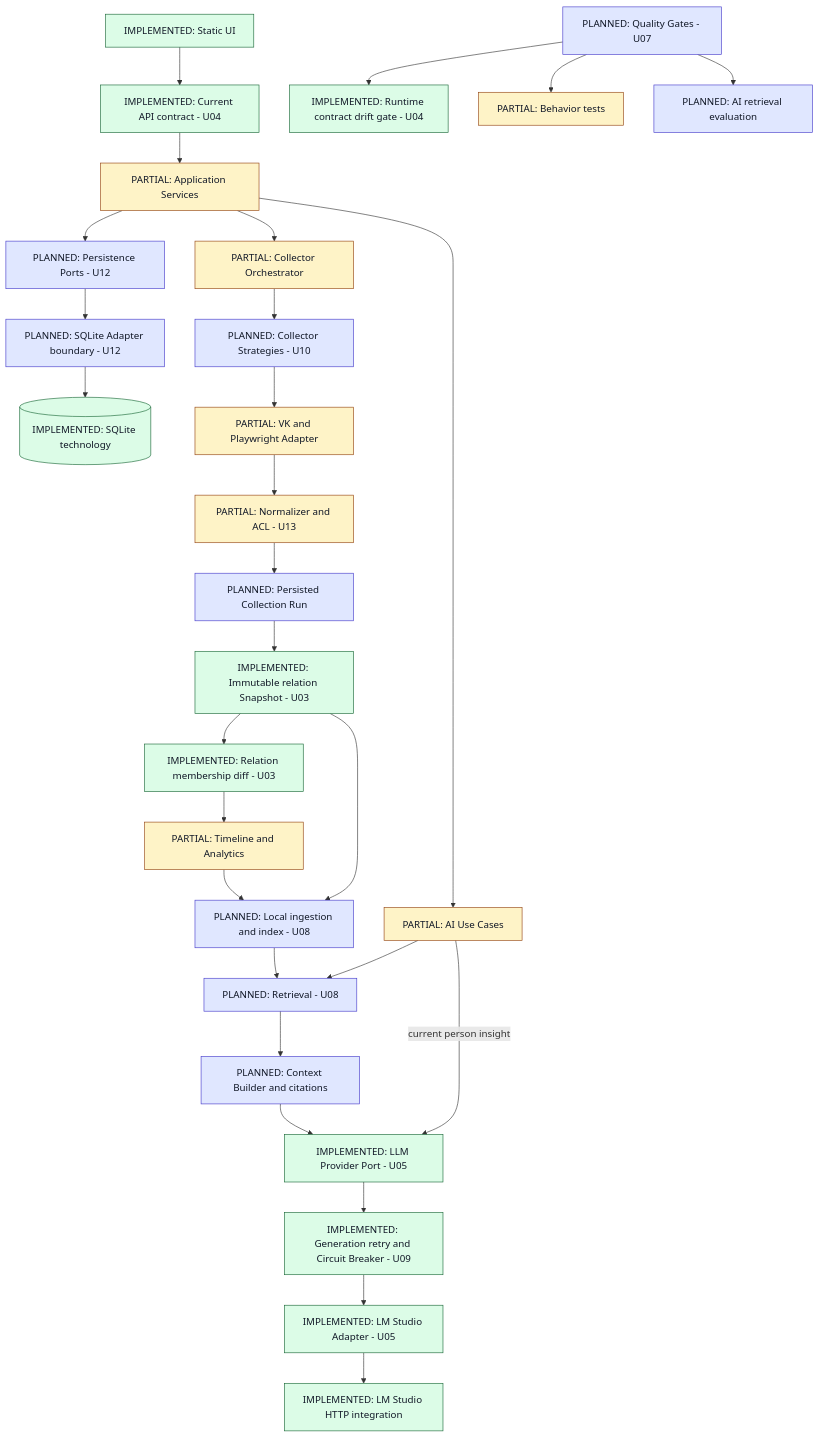
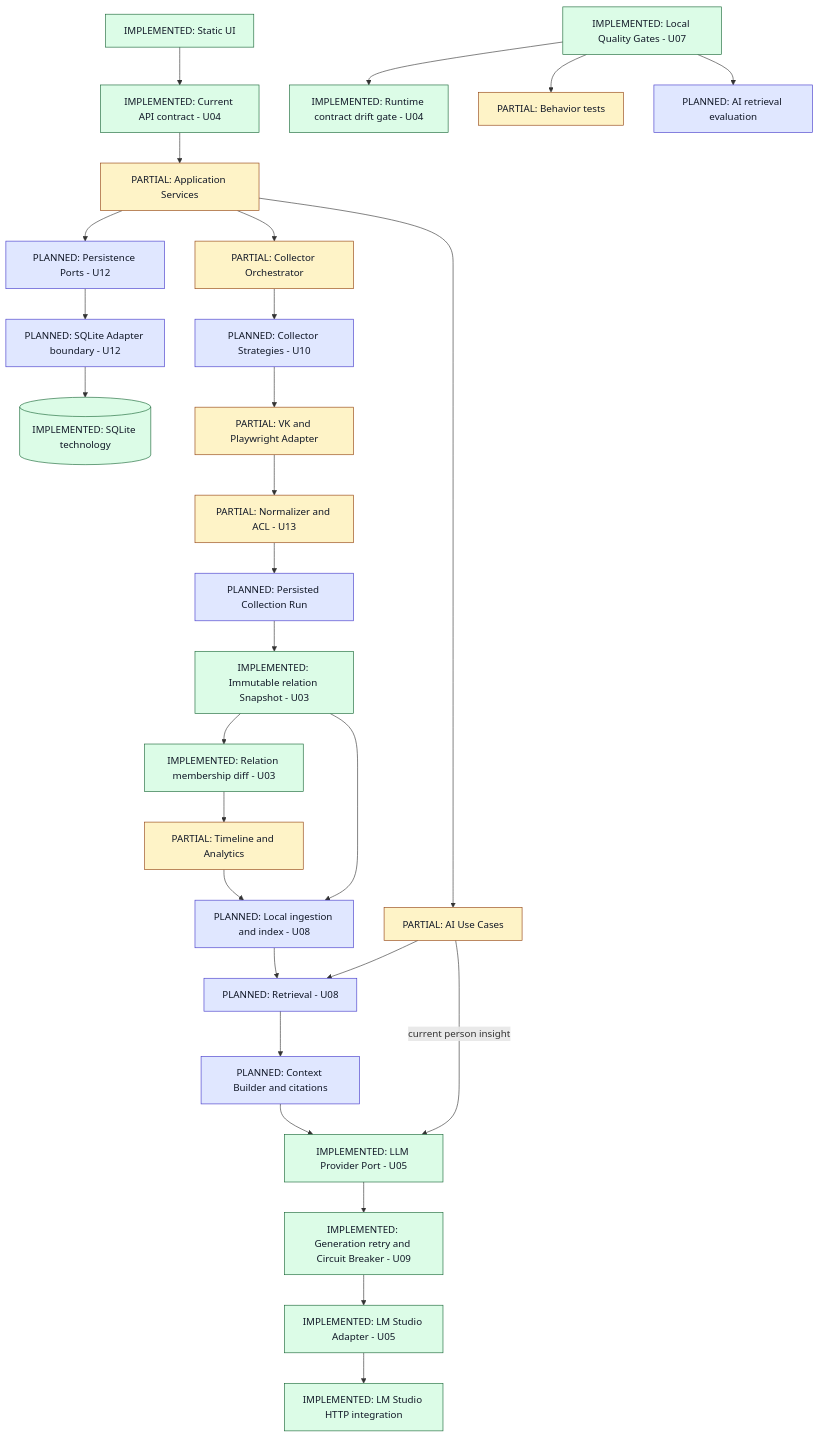
Before and after one commit to morshchagin-ivan/vk_social_radar: the diagram in docs/certification/C4_TARGET.md, drawn with Mermaid. The commit also changed other lines of this file and 22 other files, not shown here.

Commit message:
chore(ci): add unified architecture quality gates

````diff
--- a/docs/certification/C4_TARGET.md
+++ b/docs/certification/C4_TARGET.md
@@ -7,36 +7,36 @@
 ```mermaid
 flowchart TD
   UI["IMPLEMENTED: Static UI"] --> API["IMPLEMENTED: Current API contract - U04"]
   API --> App["PARTIAL: Application Services"]
   App --> Ports["PLANNED: Persistence Ports - U12"]
   Ports --> SQLAdapter["PLANNED: SQLite Adapter boundary - U12"]
   SQLAdapter --> DB[("IMPLEMENTED: SQLite technology")]
   App --> Orchestrator["PARTIAL: Collector Orchestrator"]
   Orchestrator --> Strategies["PLANNED: Collector Strategies - U10"]
   Strategies --> VKAdapter["PARTIAL: VK and Playwright Adapter"]
   VKAdapter --> ACL["PARTIAL: Normalizer and ACL - U13"]
   ACL --> Run["PLANNED: Persisted Collection Run"]
   Run --> Snapshot["IMPLEMENTED: Immutable relation Snapshot - U03"]
   Snapshot --> Diff["IMPLEMENTED: Relation membership diff - U03"]
   Diff --> Analytics["PARTIAL: Timeline and Analytics"]
   Snapshot --> Index["PLANNED: Local ingestion and index - U08"]
   Analytics --> Index
   App --> AI["PARTIAL: AI Use Cases"]
   AI --> Retrieval["PLANNED: Retrieval - U08"]
   Index --> Retrieval
   Retrieval --> Context["PLANNED: Context Builder and citations"]
   Context --> Provider["IMPLEMENTED: LLM Provider Port - U05"]
   AI -->|"current person insight"| Provider
   Provider --> Resilience["IMPLEMENTED: Generation retry and Circuit Breaker - U09"]
   Resilience --> LMAdapter["IMPLEMENTED: LM Studio Adapter - U05"]
   LMAdapter --> LM["IMPLEMENTED: LM Studio HTTP integration"]
-  Gates["PLANNED: Quality Gates - U07"] --> ContractGate["IMPLEMENTED: Runtime contract drift gate - U04"]
+  Gates["IMPLEMENTED: Local Quality Gates - U07"] --> ContractGate["IMPLEMENTED: Runtime contract drift gate - U04"]
   Gates --> TestGate["PARTIAL: Behavior tests"]
   Gates --> Eval["PLANNED: AI retrieval evaluation"]
   classDef implemented fill:#dcfce7,stroke:#166534,color:#111827
   classDef partial fill:#fef3c7,stroke:#92400e,color:#111827
   classDef planned fill:#e0e7ff,stroke:#4338ca,color:#111827
-  class UI,API,ContractGate,DB,LM,Provider,LMAdapter,Resilience,Snapshot,Diff implemented
+  class UI,API,ContractGate,DB,LM,Provider,LMAdapter,Resilience,Snapshot,Diff,Gates implemented
   class App,Orchestrator,VKAdapter,ACL,Analytics,AI,TestGate partial
-  class Ports,SQLAdapter,Strategies,Run,Index,Retrieval,Context,Gates,Eval planned
+  class Ports,SQLAdapter,Strategies,Run,Index,Retrieval,Context,Eval planned
 ```
````
